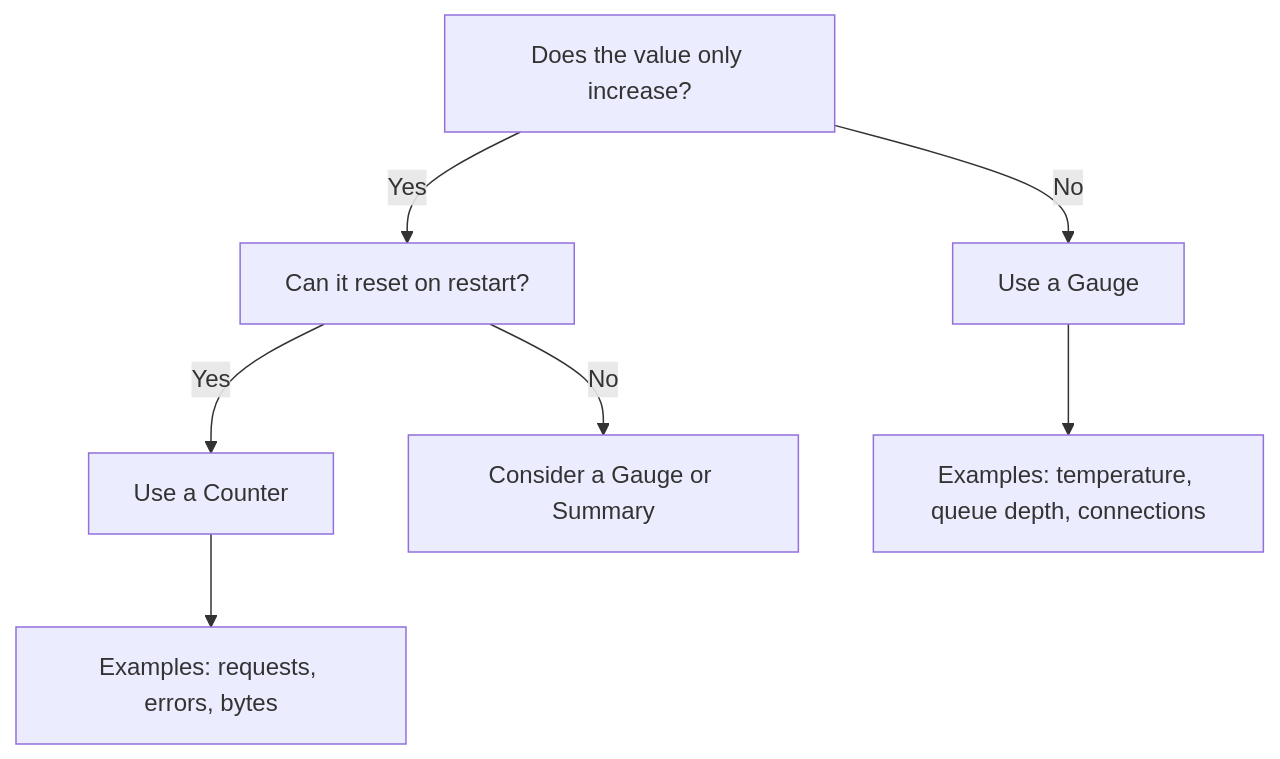
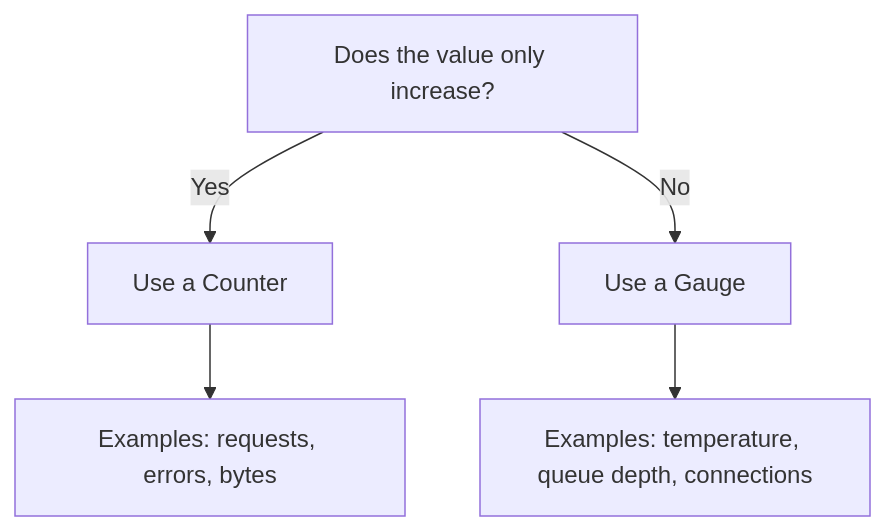
Before and after one commit to OneUptime/blog: the first of 4 diagrams in posts/2026-01-30-counter-metrics-design/README.md, drawn with Mermaid. The commit also changed other lines of this file and 2 other files, not shown here.

Commit message:
validate: 2026-01-30-counter-metrics-design

````diff
--- a/posts/2026-01-30-counter-metrics-design/README.md
+++ b/posts/2026-01-30-counter-metrics-design/README.md
@@ -35,10 +35,8 @@
 ```mermaid
 flowchart TD
-    A[Does the value only increase?] -->|Yes| B[Can it reset on restart?]
+    A[Does the value only increase?] -->|Yes| D[Use a Counter]
     A -->|No| C[Use a Gauge]
-    B -->|Yes| D[Use a Counter]
-    B -->|No| E[Consider a Gauge or Summary]
 
     D --> F[Examples: requests, errors, bytes]
     C --> G[Examples: temperature, queue depth, connections]
 ```
````
